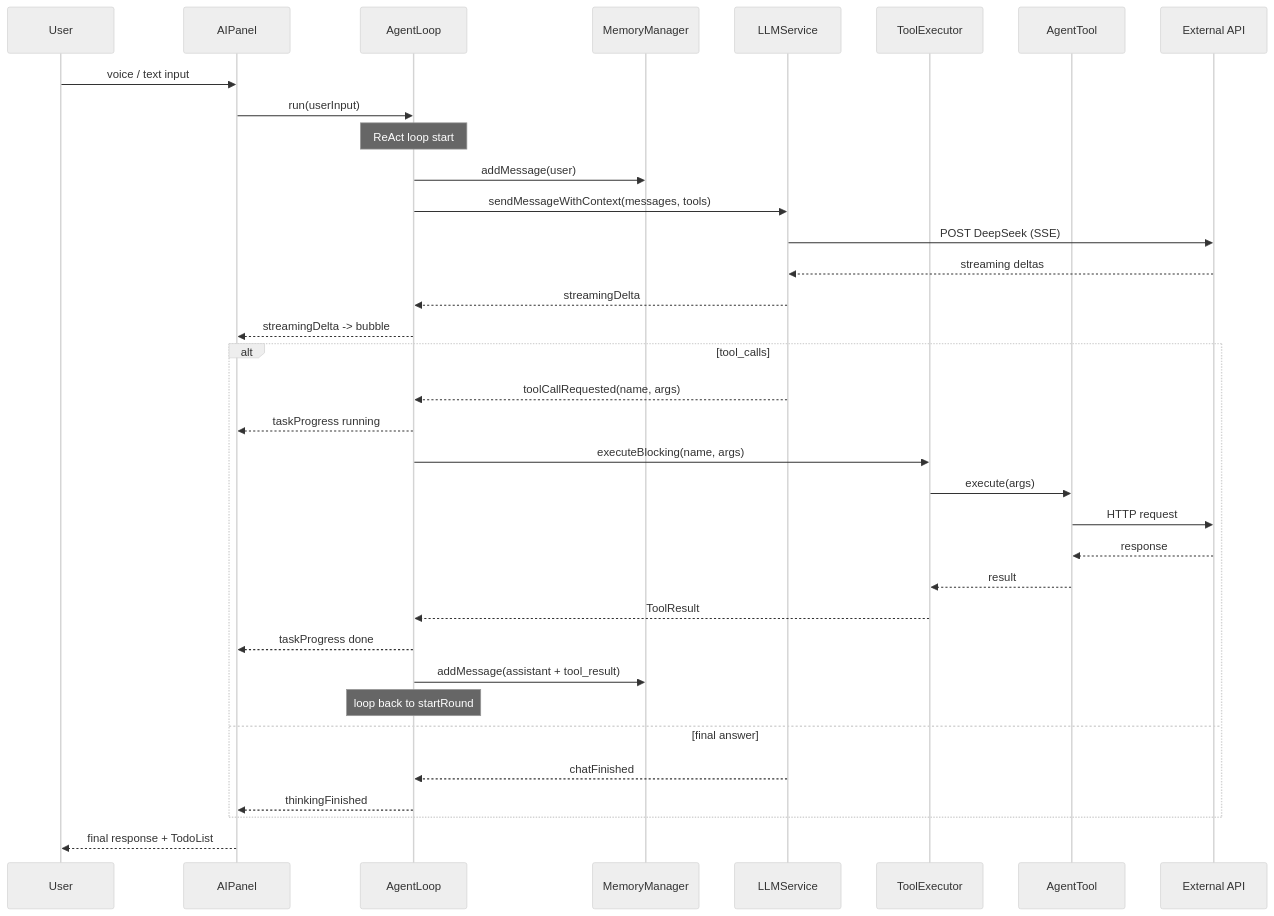
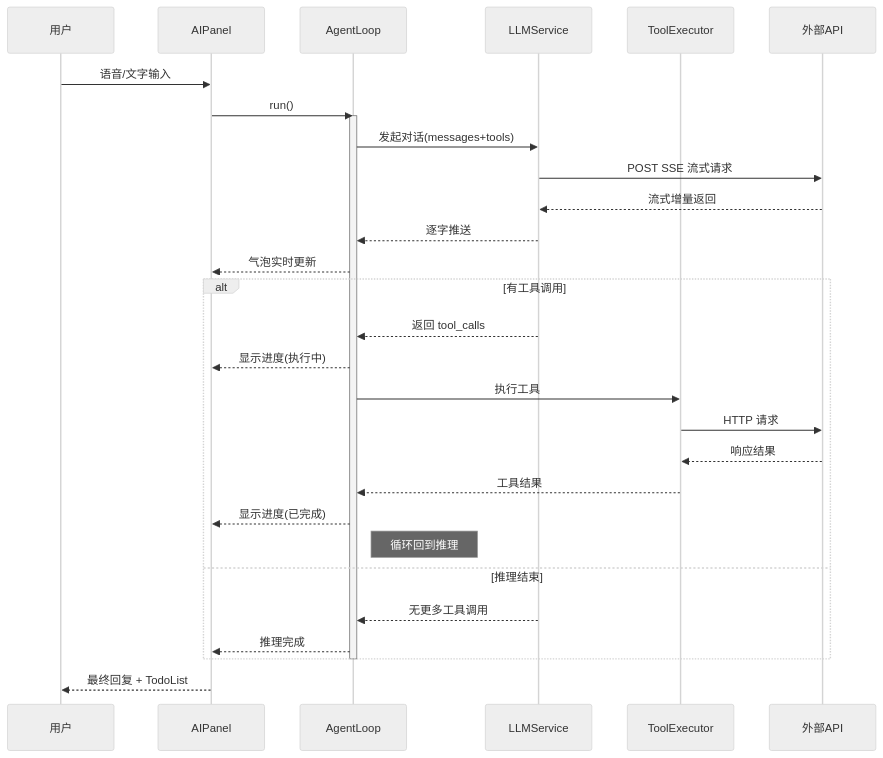
One commit to RinzeMoon/HMi changed the second of 6 diagrams in architecture.md. Above: the diagram before and after it, drawn with Mermaid (neutral theme). The commit also changed other lines of this file, not shown here.

Commit message:
Chinese labels in Mermaid diagrams

````diff
--- a/architecture.md
+++ b/architecture.md
@@ -86,41 +42,34 @@
 ```mermaid
 sequenceDiagram
-    participant U as User
+    participant U as 用户
     participant Q as AIPanel
     participant L as AgentLoop
-    participant M as MemoryManager
     participant S as LLMService
     participant E as ToolExecutor
-    participant T as AgentTool
-    participant A as External API
+    participant A as 外部API
 
-    U->>Q: voice / text input
-    Q->>L: run(userInput)
+    U->>Q: 语音/文字输入
+    Q->>L: run()
+    activate L
+    L->>S: 发起对话(messages+tools)
+    S->>A: POST SSE 流式请求
+    A-->>S: 流式增量返回
+    S-->>L: 逐字推送
+    L-->>Q: 气泡实时更新
 
-    Note over L: ReAct loop start
-    L->>M: addMessage(user)
-    L->>S: sendMessageWithContext(messages, tools)
-    S->>A: POST DeepSeek (SSE)
-    A-->>S: streaming deltas
-    S-->>L: streamingDelta
-    L-->>Q: streamingDelta -> bubble
-
-    alt tool_calls
-        S-->>L: toolCallRequested(name, args)
-        L-->>Q: taskProgress running
-        L->>E: executeBlocking(name, args)
-        E->>T: execute(args)
-        T->>A: HTTP request
-        A-->>T: response
-        T-->>E: result
-        E-->>L: ToolResult
-        L-->>Q: taskProgress done
-        L->>M: addMessage(assistant + tool_result)
-        Note over L: loop back to startRound
-    else final answer
-        S-->>L: chatFinished
-        L-->>Q: thinkingFinished
+    alt 有工具调用
+        S-->>L: 返回 tool_calls
+        L-->>Q: 显示进度(执行中)
+        L->>E: 执行工具
+        E->>A: HTTP 请求
+        A-->>E: 响应结果
+        E-->>L: 工具结果
+        L-->>Q: 显示进度(已完成)
+        Note right of L: 循环回到推理
+    else 推理结束
+        S-->>L: 无更多工具调用
+        L-->>Q: 推理完成
     end
-
-    Q-->>U: final response + TodoList
+    deactivate L
+    Q-->>U: 最终回复 + TodoList
 ```
````
